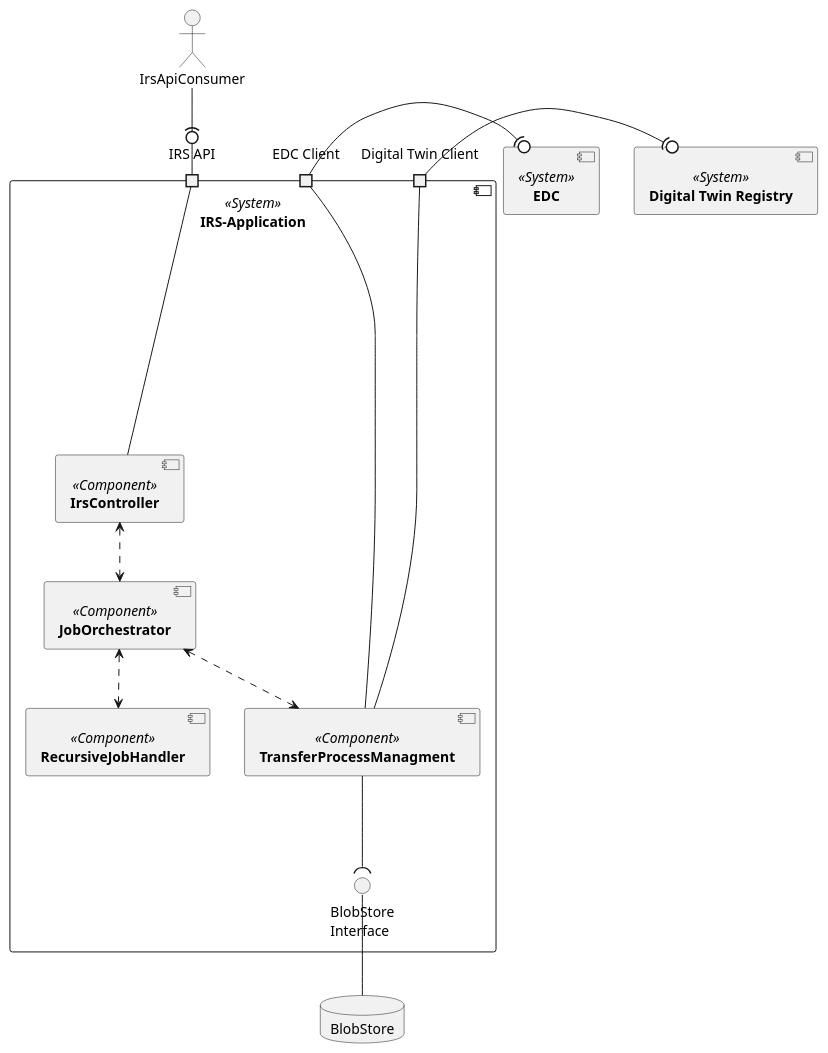
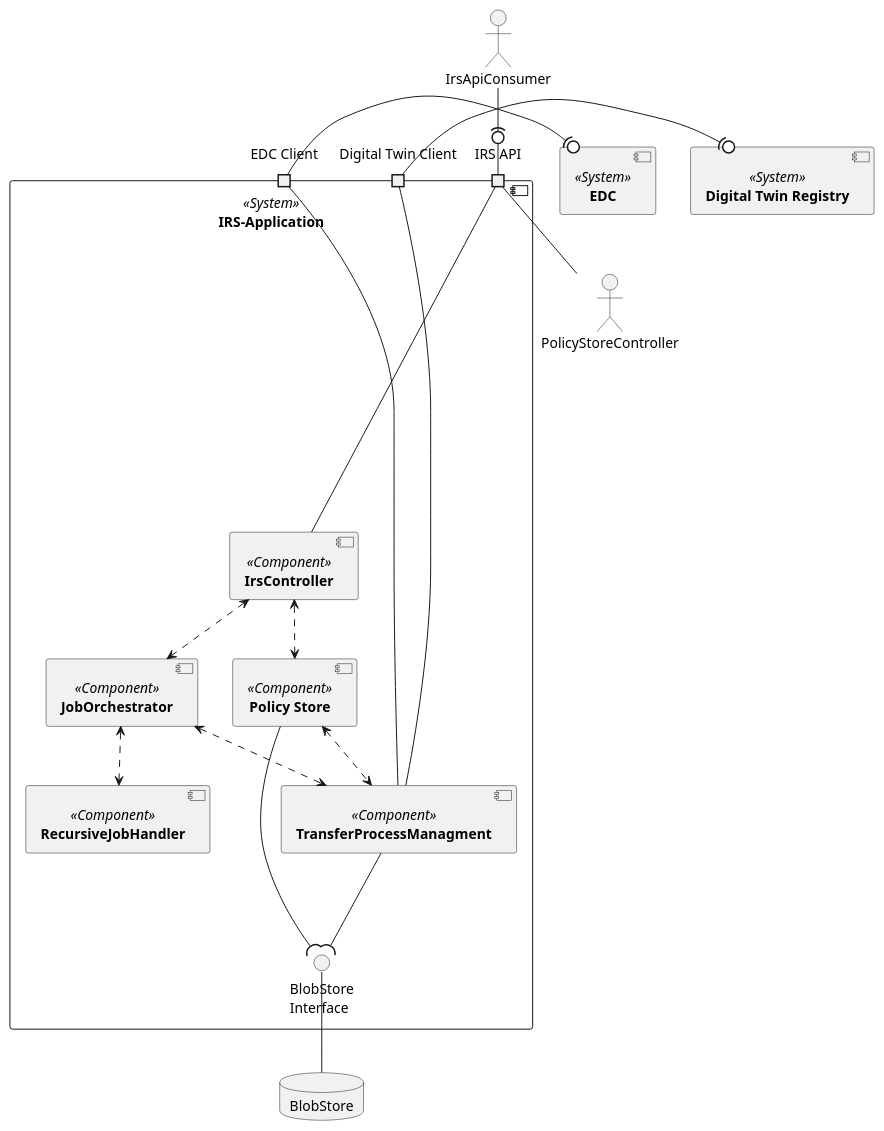
Before and after one commit to eclipse-tractusx/item-relationship-service: the diagram in docs/src/uml-diagrams/building-block-view/building-block-view.puml, drawn with PlantUML. The commit also changed 6 other files, not shown here.

```diff
--- a/docs/src/uml-diagrams/building-block-view/building-block-view.puml
+++ b/docs/src/uml-diagrams/building-block-view/building-block-view.puml
@@ -1,46 +1,45 @@
 @startuml
 skinparam monochrome true
 skinparam shadowing false
 
  component [**IRS-Application**] <<System>> as IRS {
     component [**RecursiveJobHandler**] <<Component>> as RecursiveJobHandler
     component [**IrsController**] <<Component>> as IrsController
     component [**JobOrchestrator**] <<Component>> as JobOrchestrator
     component [**TransferProcessManagment**] <<Component>> as TransferProcessManagement
-
-
-    'component [**AASClient**] <<Subsystem>> as AASClient
-    'component [**AASFacade**] <<Subsystem>> as AASFacade
-    'component [**SubmodelClient**] <<Subsystem>> as SubmodelClient
-    'component [**SubmodelFacade**] <<Subsystem>> as SubmodelFacade ' --> Level2 View
+    component [**Policy Store**] <<Component>> as PolicyStore
 
     port "IRS API" as API_PORT
     port "Digital Twin Client" as AAS_PORT
     port "EDC Client" as EDC_PORT
 
     () "BlobStore\nInterface" as StoreInterface
 
 
     IrsController <..> JobOrchestrator
     JobOrchestrator <..> TransferProcessManagement
     JobOrchestrator <..> RecursiveJobHandler
     TransferProcessManagement --( StoreInterface
+    PolicyStore --( StoreInterface
+    PolicyStore <..> TransferProcessManagement
+    IrsController <..> PolicyStore
 
 
 }
 component [**Digital Twin Registry**] <<System>> as DTR
 component [**EDC**] <<System>> as EDC
 actor IrsApiConsumer
 IrsController -up- API_PORT
+PolicyStoreController -up- API_PORT
 IrsApiConsumer -(0- API_PORT
 
 
 TransferProcessManagement --- AAS_PORT
 TransferProcessManagement --- EDC_PORT
 AAS_PORT -(0 DTR
 EDC_PORT -(0 EDC
 
 database "BlobStore" as BlobStore
 StoreInterface -down- BlobStore
 
 @enduml
```
